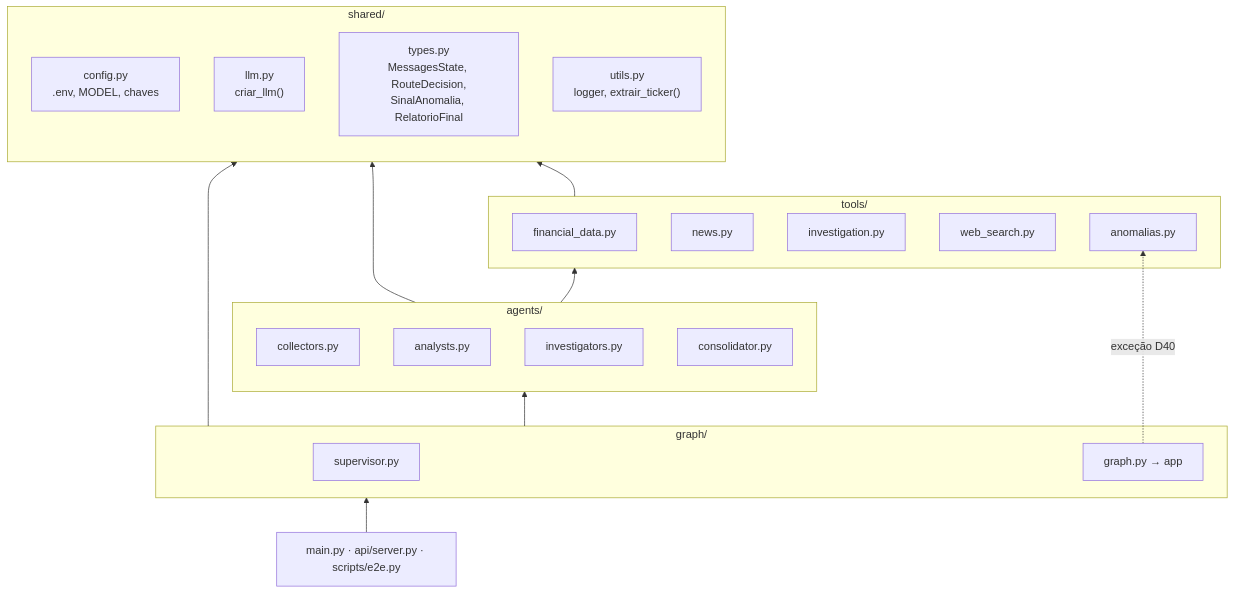
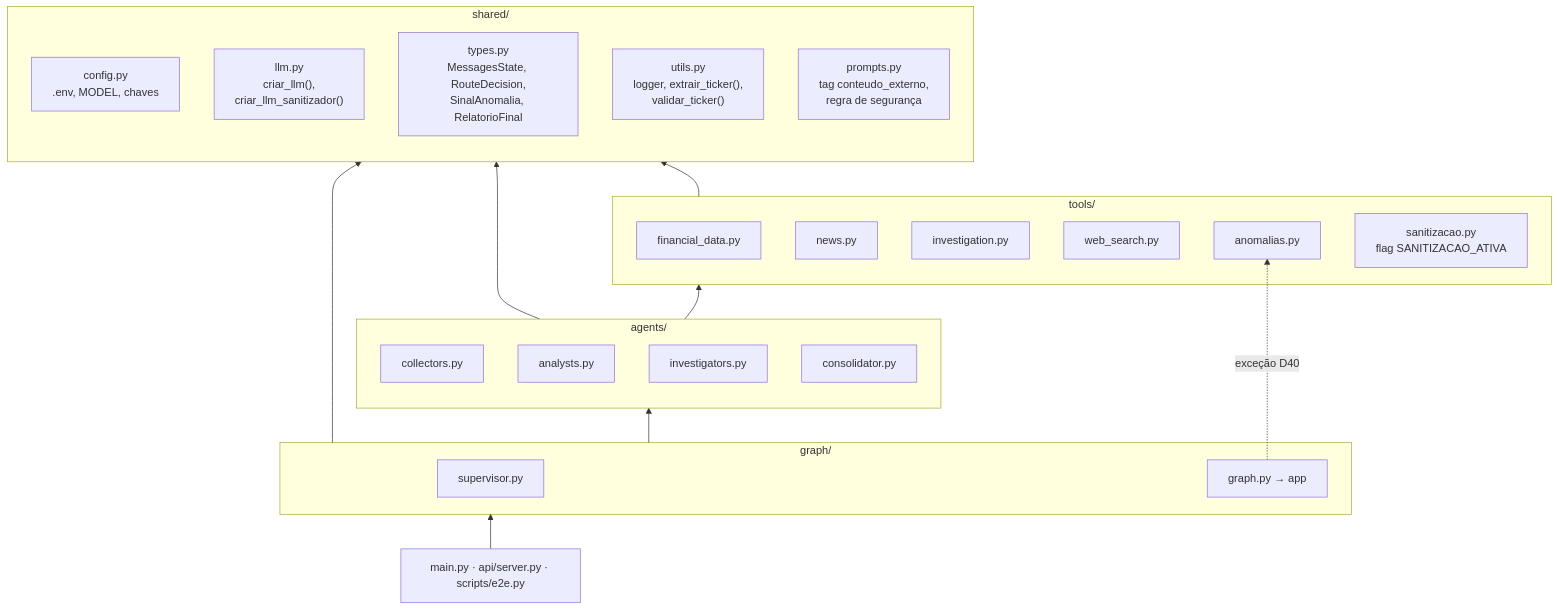
The fourth of 5 diagrams in docs/arquitetura.md (igorc22/pipeline-inteligencia-financeira-b3), drawn with Mermaid before and after one commit. The commit also changed 1 other file, not shown here.

Commit message:
docs: decisões da sanitização e diagrama de camadas com ela

````diff
--- a/docs/arquitetura.md
+++ b/docs/arquitetura.md
@@ -140,39 +140,41 @@
 ```mermaid
 flowchart BT
     subgraph C_SHARED["shared/"]
         CFG["config.py<br/>.env, MODEL, chaves"]
-        LLMF["llm.py<br/>criar_llm()"]
+        LLMF["llm.py<br/>criar_llm(),<br/>criar_llm_sanitizador()"]
         TYP["types.py<br/>MessagesState, RouteDecision,<br/>SinalAnomalia, RelatorioFinal"]
-        UTL["utils.py<br/>logger, extrair_ticker()"]
+        UTL["utils.py<br/>logger, extrair_ticker(),<br/>validar_ticker()"]
+        PRM["prompts.py<br/>tag conteudo_externo,<br/>regra de segurança"]
     end
 
     subgraph C_TOOLS["tools/"]
         FD["financial_data.py"]
         NW["news.py"]
         INVT["investigation.py"]
         WS["web_search.py"]
         ANO["anomalias.py"]
+        SAN["sanitizacao.py<br/>flag SANITIZACAO_ATIVA"]
     end
 
     subgraph C_AGENTS["agents/"]
         COL["collectors.py"]
         ANL["analysts.py"]
         INVA["investigators.py"]
         CONS["consolidator.py"]
     end
 
     subgraph C_GRAPH["graph/"]
         SUP["supervisor.py"]
         GR["graph.py → app"]
     end
 
     ENTRY["main.py · api/server.py · scripts/e2e.py"]
 
     C_TOOLS --> C_SHARED
     C_AGENTS --> C_TOOLS
     C_AGENTS --> C_SHARED
     C_GRAPH --> C_AGENTS
     C_GRAPH --> C_SHARED
     GR -.->|"exceção D40"| ANO
     ENTRY --> C_GRAPH
 ```
````
